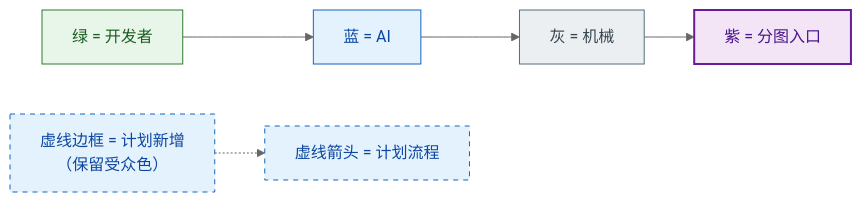
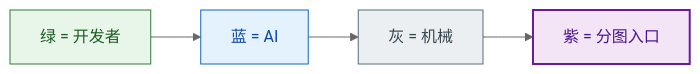
Before and after one commit to maxi3777/Keel: the first of 8 diagrams in docs/MENTAL-MODEL.md, drawn with Mermaid (neutral theme). The commit also changed other lines of this file and 20 other files, not shown here.

````diff
--- a/docs/MENTAL-MODEL.md
+++ b/docs/MENTAL-MODEL.md
@@ -32,10 +27,8 @@
 ```mermaid
 flowchart LR
     A["绿 = 开发者"]:::human --> B["蓝 = AI"]:::ai --> C["灰 = 机械"]:::mech --> P["紫 = 分图入口"]:::mod
-    D["虚线边框 = 计划新增<br/>（保留受众色）"]:::plantai -.-> E["虚线箭头 = 计划流程"]:::plantai
     classDef human fill:#e8f5e9,stroke:#2e7d32,color:#1b5e20
     classDef ai fill:#e3f2fd,stroke:#1565c0,color:#0d47a1
     classDef mech fill:#eceff1,stroke:#546e7a,color:#37474f
     classDef mod fill:#f3e5f5,stroke:#6a1b9a,color:#4a148c,stroke-width:2px
-    classDef plantai fill:#e3f2fd,stroke:#1565c0,stroke-dasharray:5 5,color:#0d47a1
 ```
````
